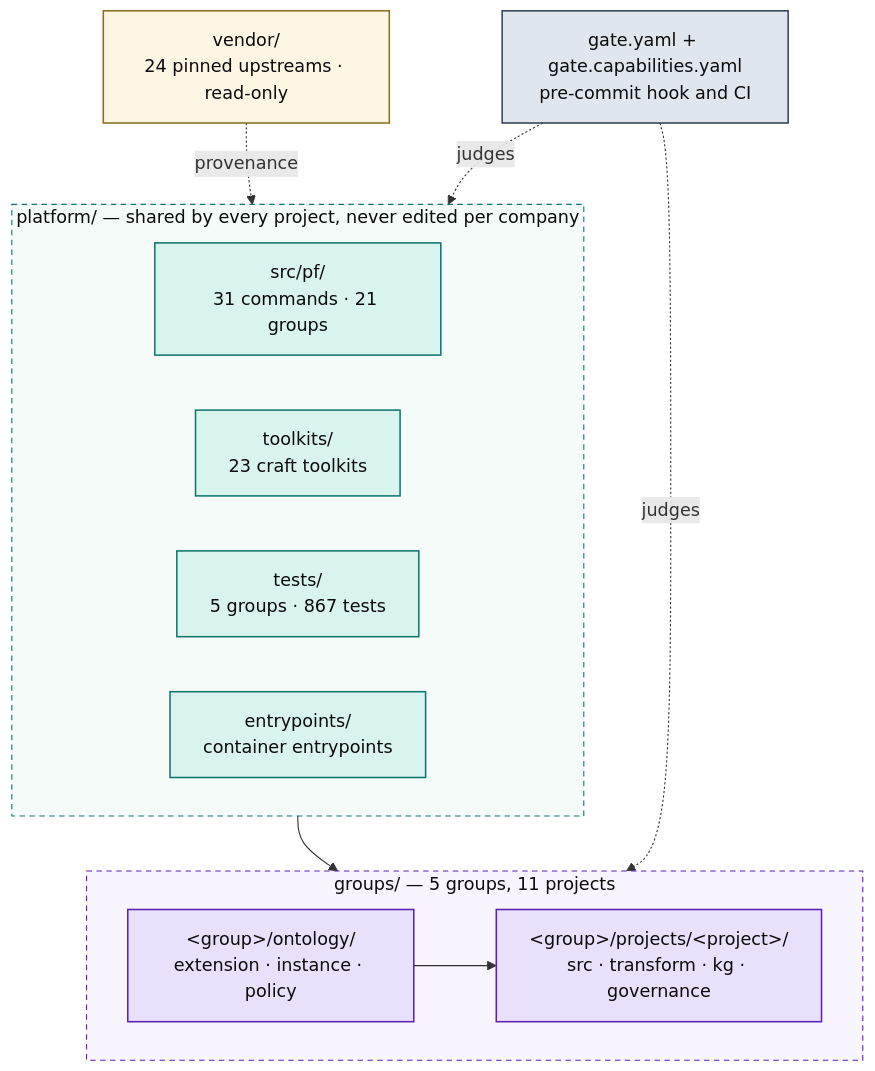
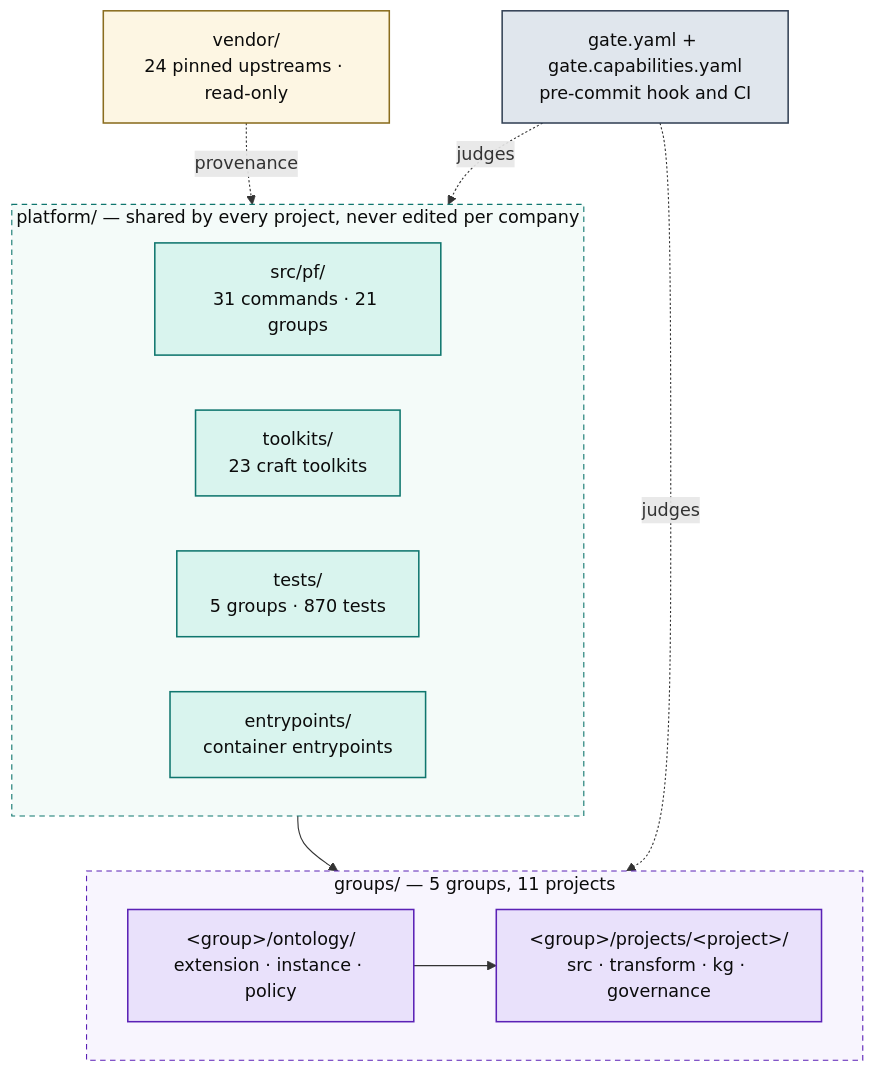
Before and after one commit to Atomz-org/data-platform: the first of 5 diagrams in docs/ARCHITECTURE.md, drawn with Mermaid. The commit also changed other lines of this file and 5 other files, not shown here.

````diff
--- a/docs/ARCHITECTURE.md
+++ b/docs/ARCHITECTURE.md
@@ -15,36 +15,36 @@
 ```mermaid
 flowchart TB
   subgraph SHARED["platform/ — shared by every project, never edited per company"]
     direction LR
     ENG["src/pf/<br/>31 commands · 21 groups"]
     TK["toolkits/<br/>23 craft toolkits"]
-    TST["tests/<br/>5 groups · 867 tests"]
+    TST["tests/<br/>5 groups · 870 tests"]
     ENT["entrypoints/<br/>container entrypoints"]
   end
 
   subgraph ENTITIES["groups/ — 5 groups, 11 projects"]
     direction LR
     GRP["&lt;group&gt;/ontology/<br/>extension · instance · policy"]
     PRJ["&lt;group&gt;/projects/&lt;project&gt;/<br/>src · transform · kg · governance"]
     GRP --> PRJ
   end
 
   VEN["vendor/<br/>24 pinned upstreams · read-only"]
   GATE["gate.yaml + gate.capabilities.yaml<br/>pre-commit hook and CI"]
 
   SHARED --> ENTITIES
   VEN -.provenance.-> SHARED
   GATE -.judges.-> ENTITIES
   GATE -.judges.-> SHARED
 
   classDef code fill:#d9f4ee,stroke:#0f766e,stroke-width:1.4px,color:#0b0b0b
   classDef data fill:#e9e1fb,stroke:#5b21b6,stroke-width:1.4px,color:#0b0b0b
   classDef gov fill:#e0e6ed,stroke:#334155,stroke-width:1.4px,color:#0b0b0b
   classDef ext fill:#fdf6e3,stroke:#8a6d1f,stroke-width:1.4px,color:#0b0b0b
   class ENG,TK,TST,ENT code
   class GRP,PRJ data
   class GATE gov
   class VEN ext
   style SHARED fill:#f4fbf9,stroke:#0f766e,stroke-dasharray:5 4,color:#0b0b0b
   style ENTITIES fill:#f8f5fe,stroke:#5b21b6,stroke-dasharray:5 4,color:#0b0b0b
 ```
````
